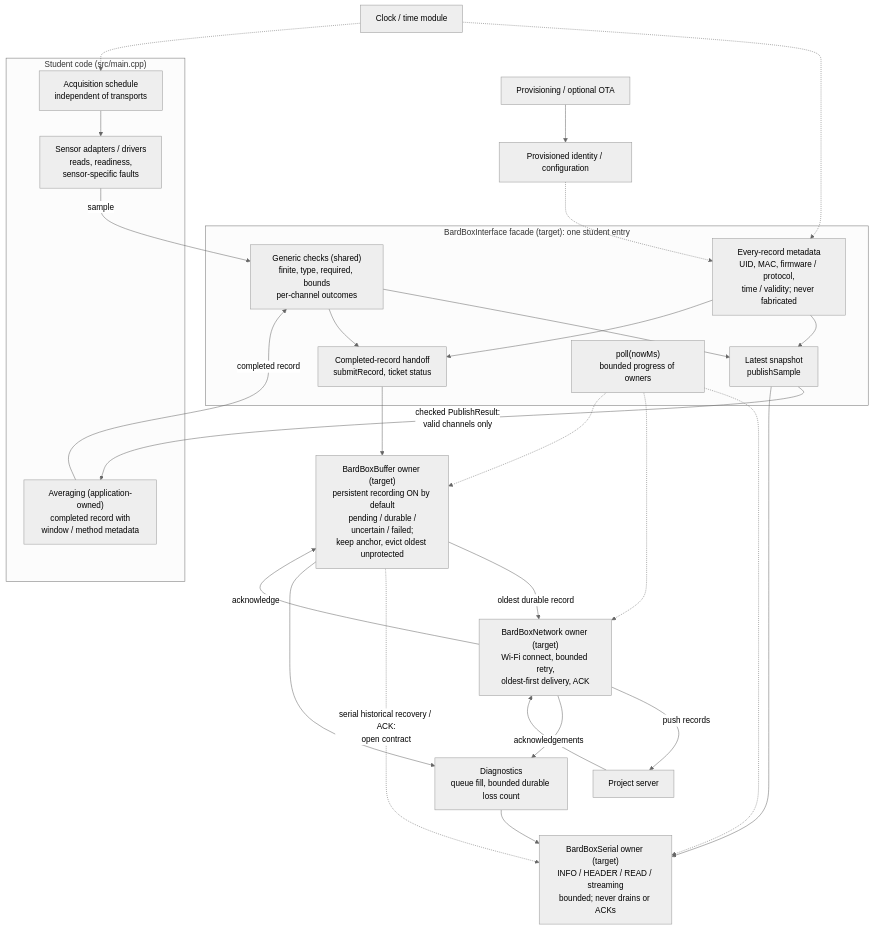
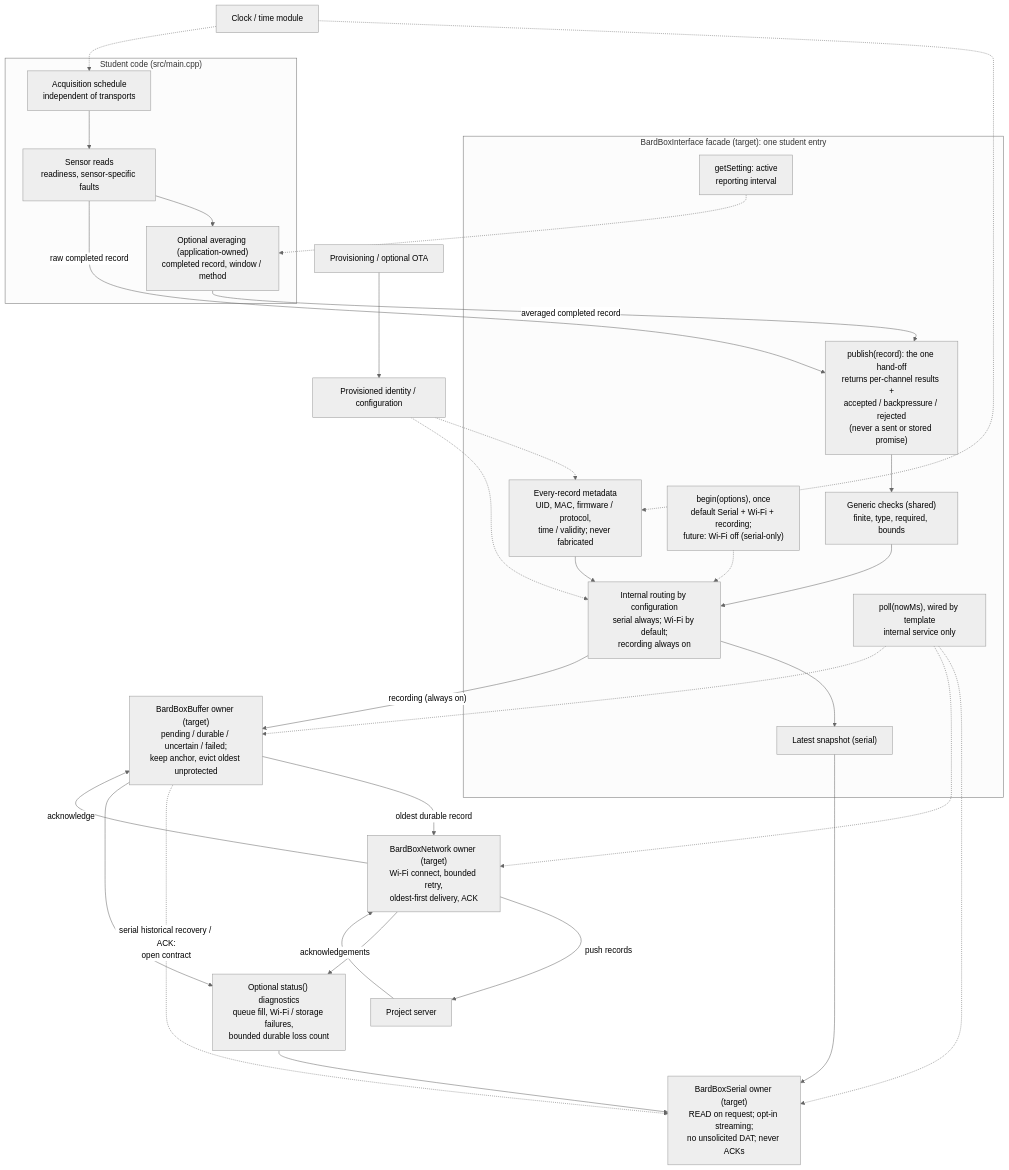
One commit to bardphysicslab/bardbox changed the first of 3 diagrams in docs/architecture-map.md. Above: the diagram before and after it, drawn with Mermaid (neutral theme). The commit also changed other lines of this file and 2 other files, not shown here.

Commit message:
Simplify student contract to one hand-off and begin(options) (FW-SIMPLE-1)
Accepted direction: the student hands one completed data point (raw or
application-averaged) to BardBoxInterface, which validates it, adds
metadata and routes it internally (serial always, Wi-Fi by default,
recording always on; serial-only later via configuration with the same
hand-off). Serial keeps READ on request and opt-in streaming, with no
unsolicited DAT. The student sees three concepts: begin(options) startup,
publish(record) returning per-channel results and accepted/backpressure/
rejected admission (never a stored, sent or ACK promise), and the
effective interval via getSetting. Internal owners and honest durability
states stay behind the facade, with optional status() diagnostics.

Supersedes the unaccepted two-hand-off draft (publishSample, submitRecord,
recordStatus, ticket loop) and trims the October 14 loop; both stay
readable at 82030b5. Names, syntax and policies remain proposals. Node
Mermaid and BB-005 updated. Docs only.

````diff
--- a/docs/architecture-map.md
+++ b/docs/architecture-map.md
@@ -48,45 +49,50 @@
 ```mermaid
 flowchart TB
     subgraph App["Student code (src/main.cpp)"]
-        Sensors["Sensor adapters / drivers<br/>reads, readiness,<br/>sensor-specific faults"]
         Acquisition["Acquisition schedule<br/>independent of transports"]
-        Averaging["Averaging (application-owned)<br/>completed record with<br/>window / method metadata"]
+        Sensors["Sensor reads<br/>readiness, sensor-specific faults"]
+        Averaging["Optional averaging (application-owned)<br/>completed record, window / method"]
         Acquisition --> Sensors
+        Sensors --> Averaging
     end
     subgraph Facade["BardBoxInterface facade (target): one student entry"]
-        Checks["Generic checks (shared)<br/>finite, type, required, bounds<br/>per-channel outcomes"]
+        Publish["publish(record): the one hand-off<br/>returns per-channel results +<br/>accepted / backpressure / rejected<br/>(never a sent or stored promise)"]
+        Checks["Generic checks (shared)<br/>finite, type, required, bounds"]
         Metadata["Every-record metadata<br/>UID, MAC, firmware / protocol,<br/>time / validity; never fabricated"]
-        Latest["Latest snapshot<br/>publishSample"]
-        Completed["Completed-record handoff<br/>submitRecord, ticket status"]
-        Poll["poll(nowMs)<br/>bounded progress of owners"]
-        Checks --> Latest
-        Checks --> Completed
-        Metadata --> Latest
-        Metadata --> Completed
+        Route["Internal routing by configuration<br/>serial always; Wi-Fi by default;<br/>recording always on"]
+        Latest["Latest snapshot (serial)"]
+        Settings["getSetting: active<br/>reporting interval"]
+        Service["poll(nowMs), wired by template<br/>internal service only"]
+        Begin["begin(options), once<br/>default Serial + Wi-Fi + recording;<br/>future: Wi-Fi off (serial-only)"]
+        Begin -.-> Route
+        Publish --> Checks --> Route
+        Metadata --> Route
+        Route --> Latest
     end
-    Sensors -->|"sample"| Checks
-    Latest -->|"checked PublishResult:<br/>valid channels only"| Averaging
-    Averaging -->|"completed record"| Checks
-    Serial["BardBoxSerial owner (target)<br/>INFO / HEADER / READ / streaming<br/>bounded; never drains or ACKs"]
-    Buffer["BardBoxBuffer owner (target)<br/>persistent recording ON by default<br/>pending / durable /<br/>uncertain / failed;<br/>keep anchor, evict oldest unprotected"]
+    Sensors -->|"raw completed record"| Publish
+    Averaging -->|"averaged completed record"| Publish
+    Settings -.-> Averaging
+    Serial["BardBoxSerial owner (target)<br/>READ on request; opt-in streaming;<br/>no unsolicited DAT; never ACKs"]
+    Buffer["BardBoxBuffer owner (target)<br/>pending / durable / uncertain / failed;<br/>keep anchor, evict oldest unprotected"]
     Network["BardBoxNetwork owner (target)<br/>Wi-Fi connect, bounded retry,<br/>oldest-first delivery, ACK"]
     Server["Project server"]
     Latest --> Serial
-    Completed --> Buffer
+    Route -->|"recording (always on)"| Buffer
     Buffer -->|"oldest durable record"| Network
     Network -->|"push records"| Server
     Server -->|"acknowledgements"| Network
     Network -->|"acknowledge"| Buffer
     Buffer -.->|"serial historical recovery / ACK:<br/>open contract"| Serial
-    Poll -.-> Serial
-    Poll -.-> Network
-    Poll -.-> Buffer
+    Service -.-> Serial
+    Service -.-> Network
+    Service -.-> Buffer
     Identity["Provisioned identity / configuration"] -.-> Metadata
+    Identity -.-> Route
     Time["Clock / time module"] -.-> Metadata
     Time -.-> Acquisition
-    Diagnostics["Diagnostics<br/>queue fill, bounded durable loss count"]
+    Diagnostics["Optional status() diagnostics<br/>queue fill, Wi-Fi / storage failures,<br/>bounded durable loss count"]
     Buffer --> Diagnostics
     Network --> Diagnostics
     Diagnostics --> Serial
     Maintenance["Provisioning / optional OTA"] --> Identity
 ```
````
